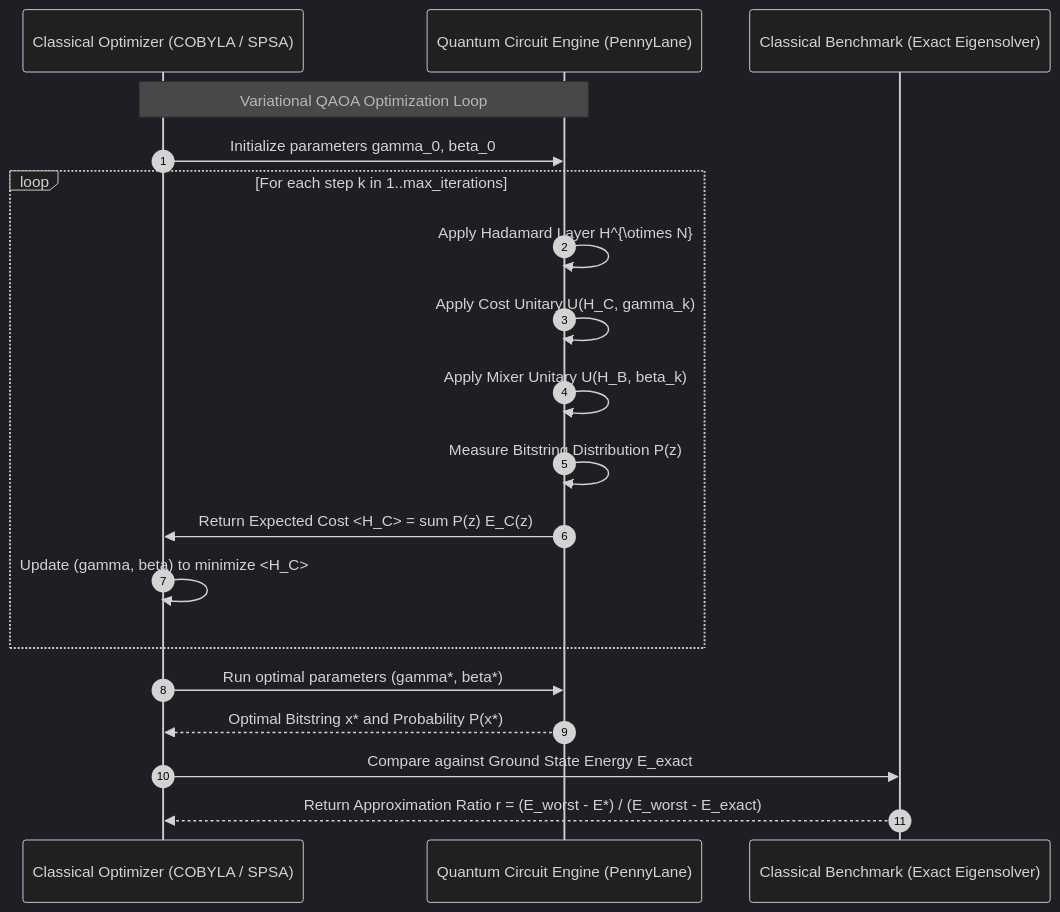
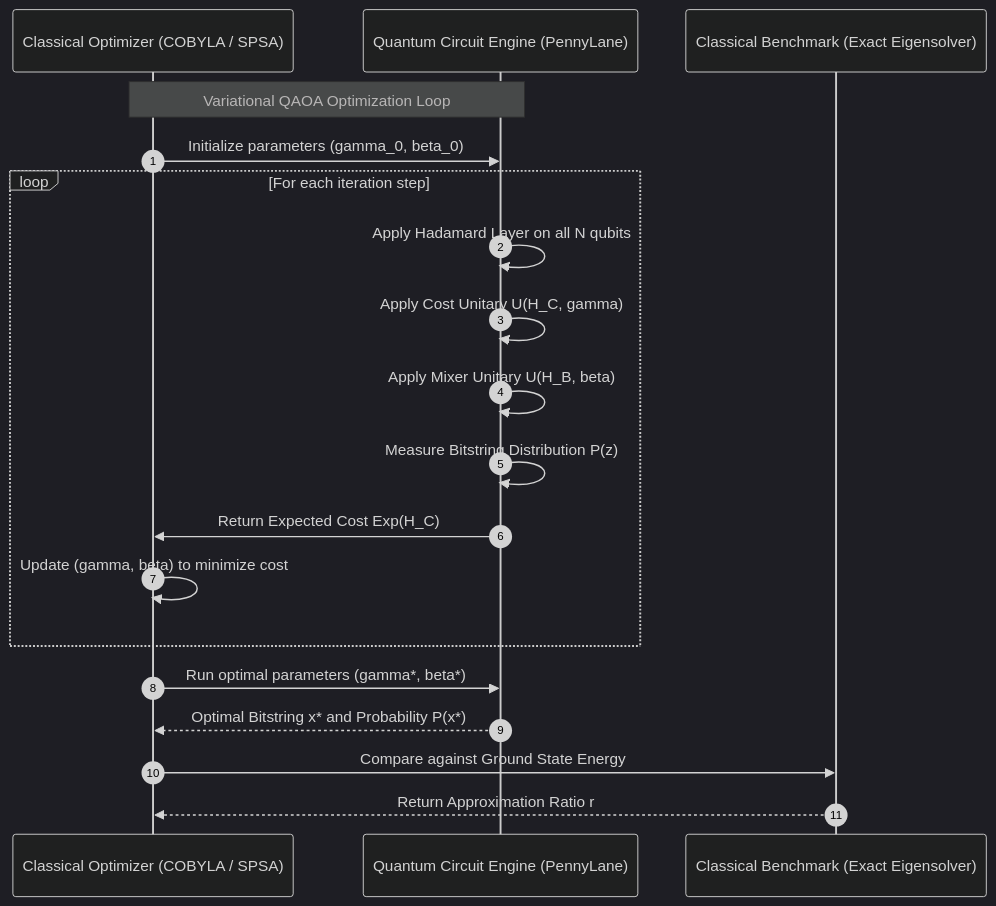
Before and after one commit to Sawy05/Quantum-hybrid-portfolio-engine: the second of 2 diagrams in docs/report/THESIS.md, drawn with Mermaid (dark theme). The commit also changed other lines of this file and 1 other file, not shown here.

Commit message:
fix(docs): resolve Mermaid diagram syntax and special character escaping

````diff
--- a/docs/report/THESIS.md
+++ b/docs/report/THESIS.md
@@ -182,22 +182,22 @@
 ```mermaid
 sequenceDiagram
     autonumber
     participant ClassicalOpt as Classical Optimizer (COBYLA / SPSA)
     participant QuantumChip as Quantum Circuit Engine (PennyLane)
     participant Eigensolver as Classical Benchmark (Exact Eigensolver)
 
     Note over ClassicalOpt, QuantumChip: Variational QAOA Optimization Loop
-    ClassicalOpt->>QuantumChip: Initialize parameters gamma_0, beta_0
-    loop For each step k in 1..max_iterations
-        QuantumChip->>QuantumChip: Apply Hadamard Layer H^{\otimes N}
-        QuantumChip->>QuantumChip: Apply Cost Unitary U(H_C, gamma_k)
-        QuantumChip->>QuantumChip: Apply Mixer Unitary U(H_B, beta_k)
+    ClassicalOpt->>QuantumChip: Initialize parameters (gamma_0, beta_0)
+    loop For each iteration step
+        QuantumChip->>QuantumChip: Apply Hadamard Layer on all N qubits
+        QuantumChip->>QuantumChip: Apply Cost Unitary U(H_C, gamma)
+        QuantumChip->>QuantumChip: Apply Mixer Unitary U(H_B, beta)
         QuantumChip->>QuantumChip: Measure Bitstring Distribution P(z)
-        QuantumChip->>ClassicalOpt: Return Expected Cost <H_C> = sum P(z) E_C(z)
-        ClassicalOpt->>ClassicalOpt: Update (gamma, beta) to minimize <H_C>
+        QuantumChip->>ClassicalOpt: Return Expected Cost Exp(H_C)
+        ClassicalOpt->>ClassicalOpt: Update (gamma, beta) to minimize cost
     end
     ClassicalOpt->>QuantumChip: Run optimal parameters (gamma*, beta*)
     QuantumChip-->>ClassicalOpt: Optimal Bitstring x* and Probability P(x*)
-    ClassicalOpt->>Eigensolver: Compare against Ground State Energy E_exact
-    Eigensolver-->>ClassicalOpt: Return Approximation Ratio r = (E_worst - E*) / (E_worst - E_exact)
+    ClassicalOpt->>Eigensolver: Compare against Ground State Energy
+    Eigensolver-->>ClassicalOpt: Return Approximation Ratio r
 ```
````
